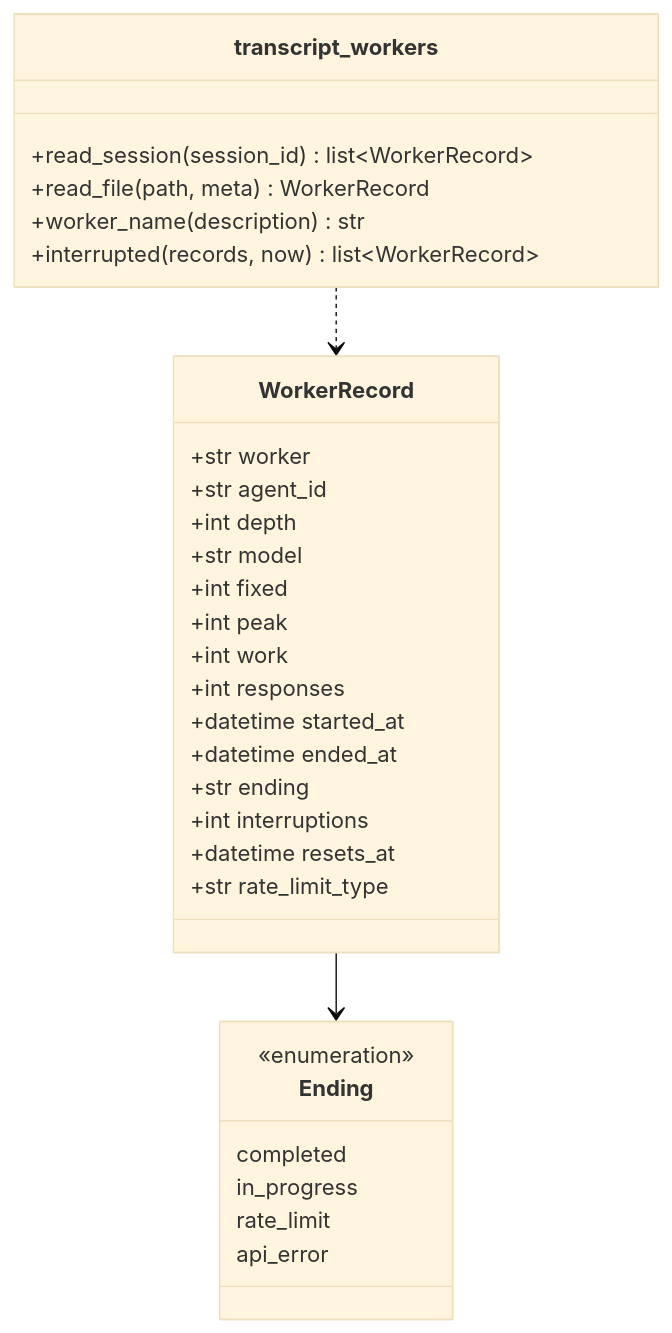
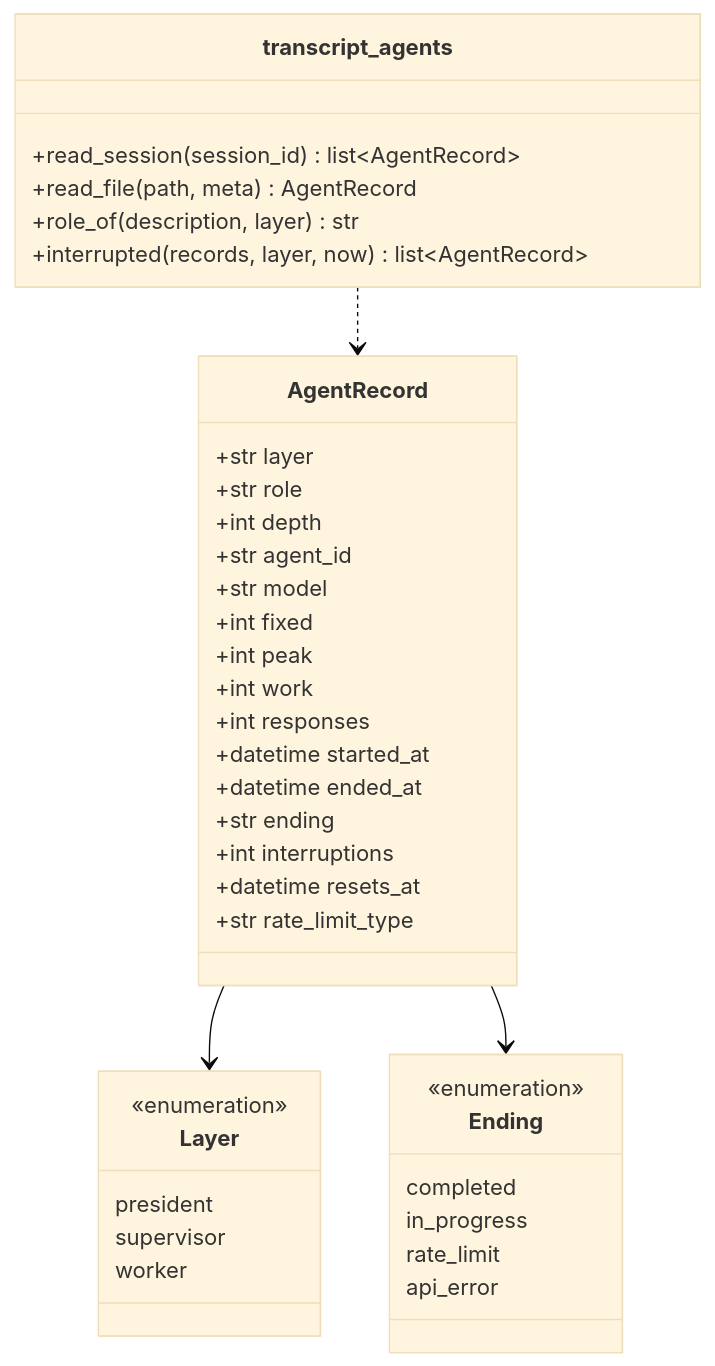
Before and after one commit to devbasex/ai-plugins: the fourth of 6 diagrams in issues/issue-550-657-design.md, drawn with Mermaid (base theme). The commit also changed other lines of this file and 2 other files, not shown here.

First line of the commit message:
Docs: 3 層（president / supervisor / worker）で設計し直す（#550 #657）

````diff
--- a/issues/issue-550-657-design.md
+++ b/issues/issue-550-657-design.md
@@ -293,34 +338,42 @@
 ```mermaid
 classDiagram
-    class WorkerRecord {
-        +str worker
+    class AgentRecord {
+        +str layer
+        +str role
+        +int depth
         +str agent_id
-        +int depth
         +str model
         +int fixed
         +int peak
         +int work
         +int responses
         +datetime started_at
         +datetime ended_at
         +str ending
         +int interruptions
         +datetime resets_at
         +str rate_limit_type
     }
+    class Layer {
+        <<enumeration>>
+        president
+        supervisor
+        worker
+    }
     class Ending {
         <<enumeration>>
         completed
         in_progress
         rate_limit
         api_error
     }
-    class transcript_workers {
-        +read_session(session_id) list~WorkerRecord~
-        +read_file(path, meta) WorkerRecord
-        +worker_name(description) str
-        +interrupted(records, now) list~WorkerRecord~
+    class transcript_agents {
+        +read_session(session_id) list~AgentRecord~
+        +read_file(path, meta) AgentRecord
+        +role_of(description, layer) str
+        +interrupted(records, layer, now) list~AgentRecord~
     }
-    WorkerRecord --> Ending
-    transcript_workers ..> WorkerRecord
+    AgentRecord --> Layer
+    AgentRecord --> Ending
+    transcript_agents ..> AgentRecord
 ```
````
